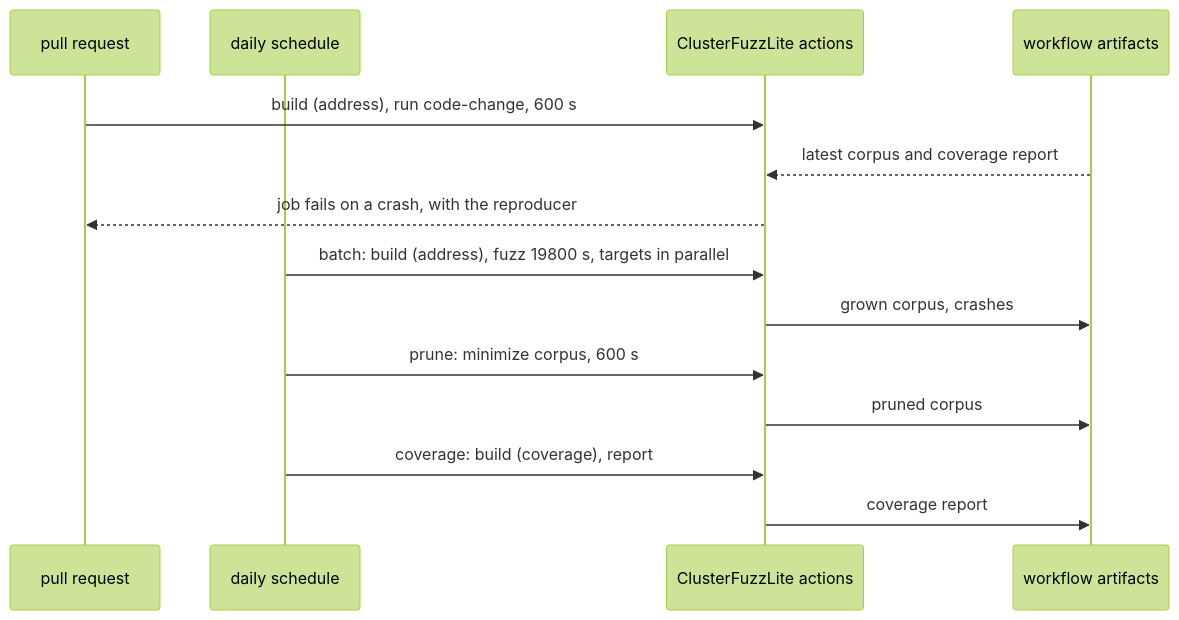
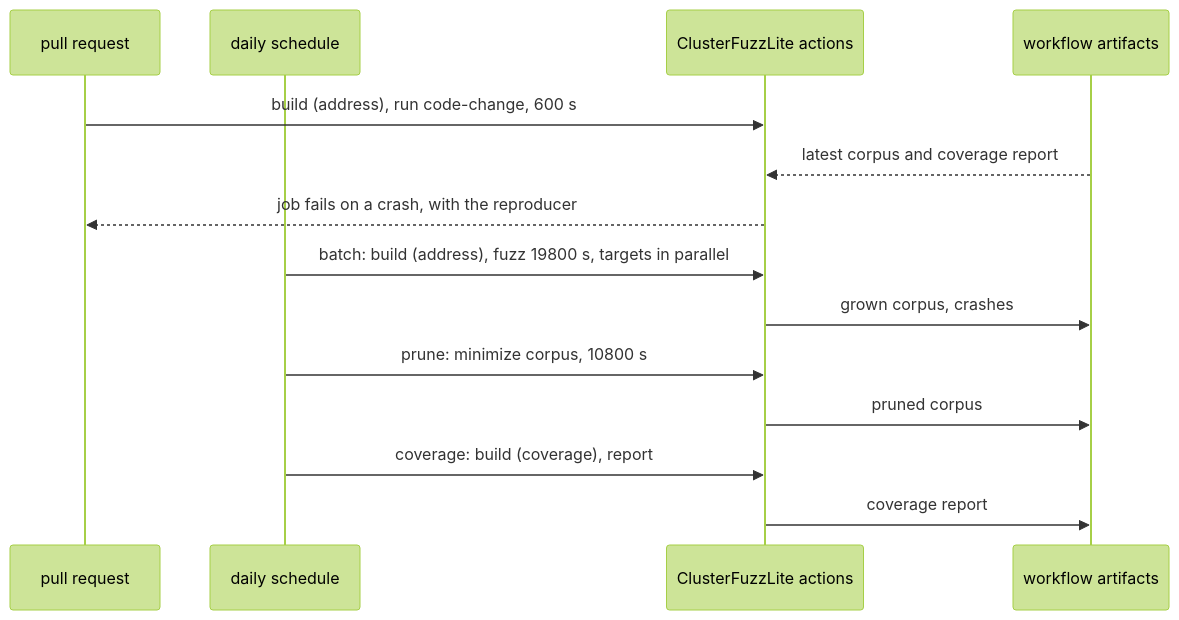
Before and after one commit to M-Compressors/mzstd: the third of 4 diagrams in architecture/ci.md, drawn with Mermaid (forest theme). The commit also changed other lines of this file and 5 other files, not shown here.

````diff
--- a/architecture/ci.md
+++ b/architecture/ci.md
@@ -93,16 +93,16 @@
 ```mermaid
 sequenceDiagram
     participant PR as pull request
     participant Cron as daily schedule
     participant CF as ClusterFuzzLite actions
     participant Store as workflow artifacts
     PR->>CF: build (address), run code-change, 600 s
     Store-->>CF: latest corpus and coverage report
     CF-->>PR: job fails on a crash, with the reproducer
     Cron->>CF: batch: build (address), fuzz 19800 s, targets in parallel
     CF->>Store: grown corpus, crashes
-    Cron->>CF: prune: minimize corpus, 600 s
+    Cron->>CF: prune: minimize corpus, 10800 s
     CF->>Store: pruned corpus
     Cron->>CF: coverage: build (coverage), report
     CF->>Store: coverage report
 ```
````
